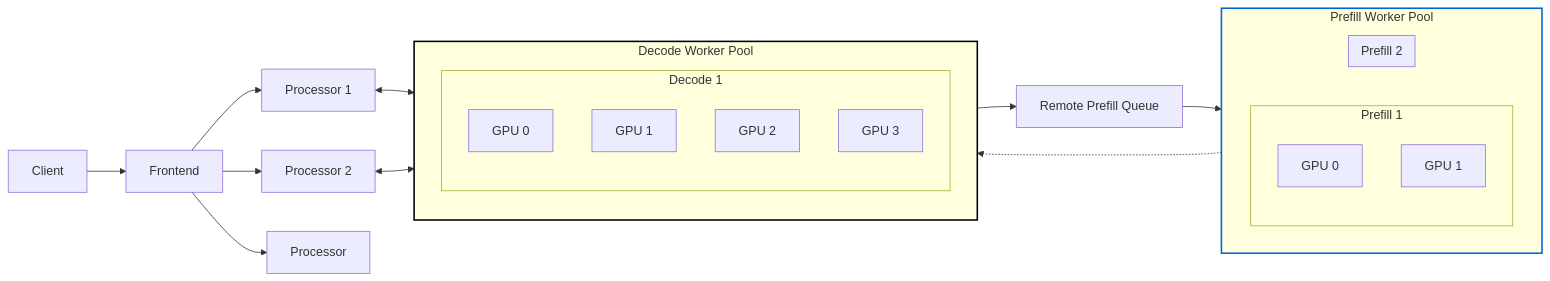
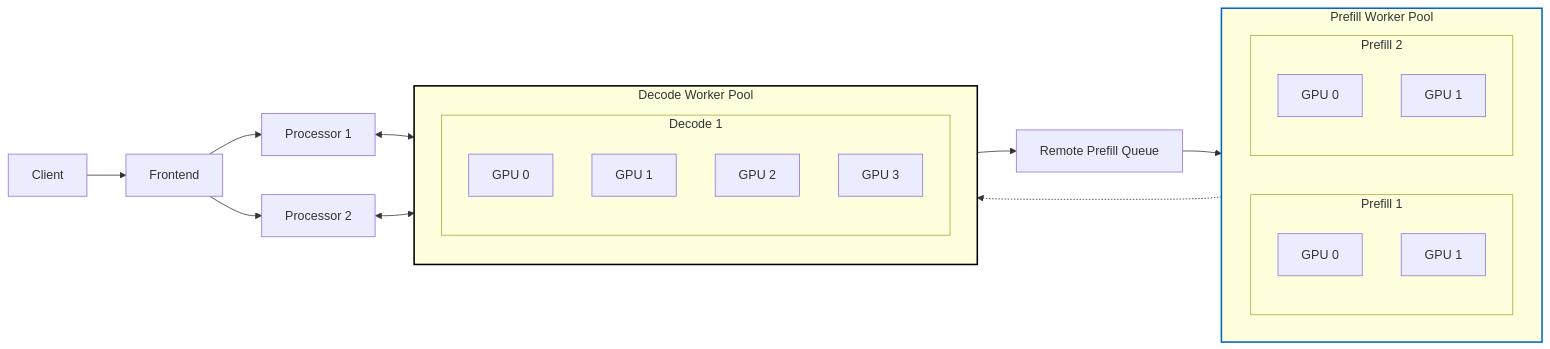
The sixth of 6 diagrams in tests/fault_tolerance/README.md (ai-dynamo/dynamo), drawn with Mermaid before and after one commit.

````diff
--- a/tests/fault_tolerance/README.md
+++ b/tests/fault_tolerance/README.md
@@ -491,53 +491,52 @@
 ```mermaid
 graph LR
     Client["Client"]
     Frontend["Frontend"]
     Processor_1["Processor 1"]
 	Processor_2["Processor 2"]
     PrefillQueue["Remote Prefill Queue"]
 
     Client --> Frontend
     Frontend --> Processor_1
     Frontend --> Processor_2
 
-    Frontend --> Processor
     Processor_1 <--> DecodePool
 	Processor_2 <--> DecodePool
 
     %% Prefill Worker Pool (horizontal layout)
     subgraph PrefillPool["Prefill Worker Pool"]
         direction LR
         subgraph Prefill1["Prefill 1"]
             direction TB
             P1GPU0["GPU 0"]
             P1GPU1["GPU 1"]
 		end
         subgraph Prefill2["Prefill 2"]
             direction TB
-            P1GPU0["GPU 0"]
-            P1GPU1["GPU 1"]
+            P2GPU0["GPU 0"]
+            P2GPU1["GPU 1"]
 		end
 
     end
 
     %% Decode Worker Pool (vertical layout)
     subgraph DecodePool["Decode Worker Pool"]
         direction TB
         subgraph Decode1["Decode 1"]
             direction TB
             D1GPU0["GPU 0"]
             D1GPU1["GPU 1"]
             D1GPU2["GPU 2"]
             D1GPU3["GPU 3"]
         end
     end
 
 
 	PrefillQueue --> PrefillPool
     DecodePool --> PrefillQueue
     PrefillPool -.-> DecodePool
 
     %% Styling
     style PrefillPool stroke:#0066cc,stroke-width:2px
     style DecodePool stroke:#000,stroke-width:2px
 ```
````
